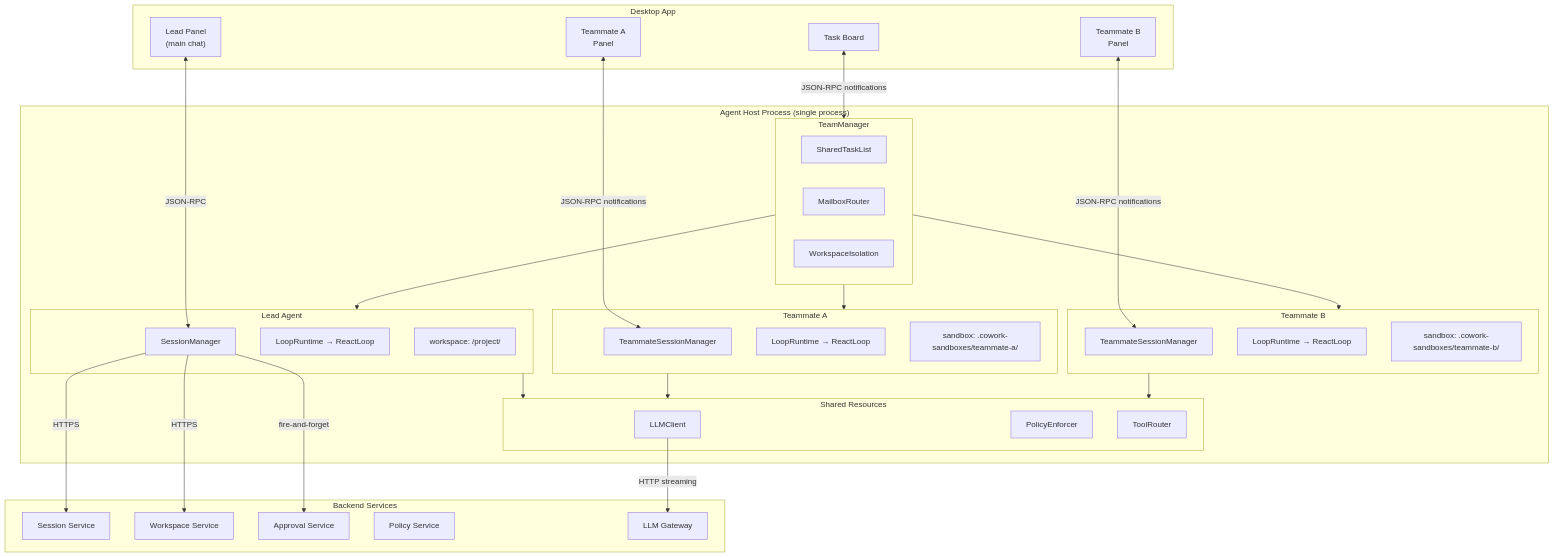
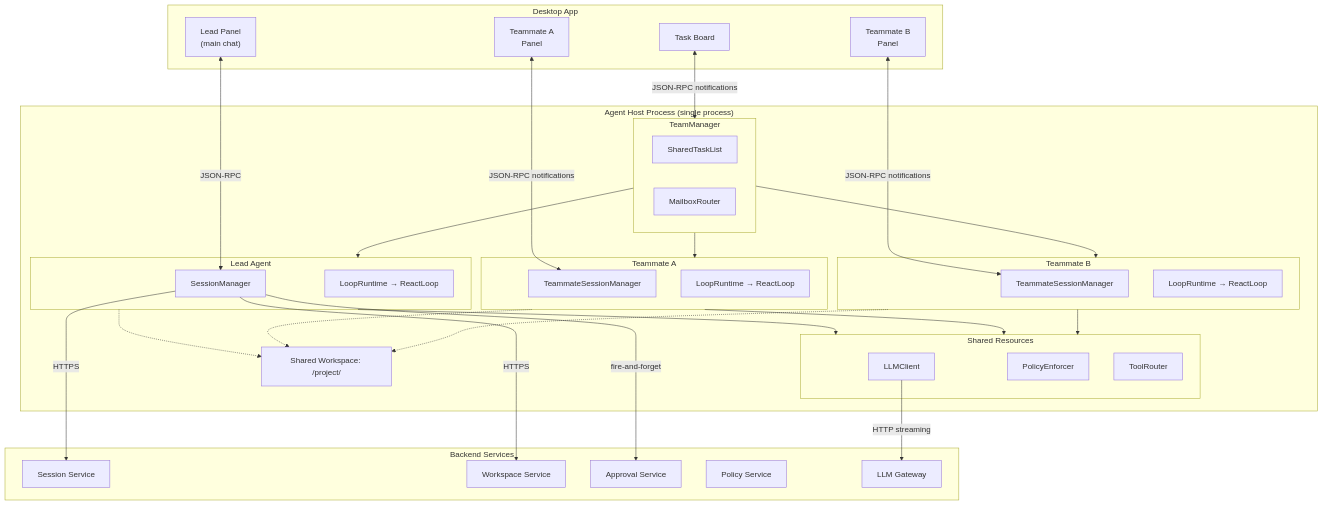
Before and after one commit to suman724/cowork-infra: the first of 9 diagrams in docs/components/agent-teams.md, drawn with Mermaid. The commit also changed other lines of this file, not shown here.

First line of the commit message:
docs(agent-teams): simplify to shared workspace, remove isolation strategies

````diff
--- a/docs/components/agent-teams.md
+++ b/docs/components/agent-teams.md
@@ -38,67 +38,69 @@
 ```mermaid
 flowchart TB
     subgraph Desktop["Desktop App"]
         LP["Lead Panel<br/>(main chat)"]
         TP1["Teammate A<br/>Panel"]
         TP2["Teammate B<br/>Panel"]
         TaskBoard["Task Board"]
     end
 
     subgraph AgentHost["Agent Host Process (single process)"]
         subgraph TM["TeamManager"]
             TL["SharedTaskList"]
             MB["MailboxRouter"]
-            WI["WorkspaceIsolation"]
         end
 
         subgraph Lead["Lead Agent"]
             SM1["SessionManager"]
             LR1["LoopRuntime → ReactLoop"]
-            W1["workspace: /project/"]
         end
 
         subgraph TA["Teammate A"]
             SM2["TeammateSessionManager"]
             LR2["LoopRuntime → ReactLoop"]
-            W2["sandbox: .cowork-sandboxes/teammate-a/"]
         end
 
         subgraph TBAgent["Teammate B"]
             SM3["TeammateSessionManager"]
             LR3["LoopRuntime → ReactLoop"]
-            W3["sandbox: .cowork-sandboxes/teammate-b/"]
         end
+
+        WS_DIR["Shared Workspace: /project/"]
 
         subgraph Shared["Shared Resources"]
             LLM["LLMClient"]
             PE["PolicyEnforcer"]
             TR["ToolRouter"]
         end
     end
 
     subgraph Backend["Backend Services"]
         SS["Session Service"]
         WS["Workspace Service"]
         AS["Approval Service"]
         PS["Policy Service"]
         LG["LLM Gateway"]
     end
 
     LP <-->|JSON-RPC| SM1
     TP1 <-->|JSON-RPC notifications| SM2
     TP2 <-->|JSON-RPC notifications| SM3
     TaskBoard <-->|JSON-RPC notifications| TM
 
     TM --> Lead
     TM --> TA
     TM --> TBAgent
 
     Lead --> Shared
     TA --> Shared
     TBAgent --> Shared
 
+    Lead -.-> WS_DIR
+    TA -.-> WS_DIR
+    TBAgent -.-> WS_DIR
+
     LLM -->|HTTP streaming| LG
     SM1 -->|HTTPS| SS
     SM1 -->|HTTPS| WS
     SM1 -->|fire-and-forget| AS
 ```
````
